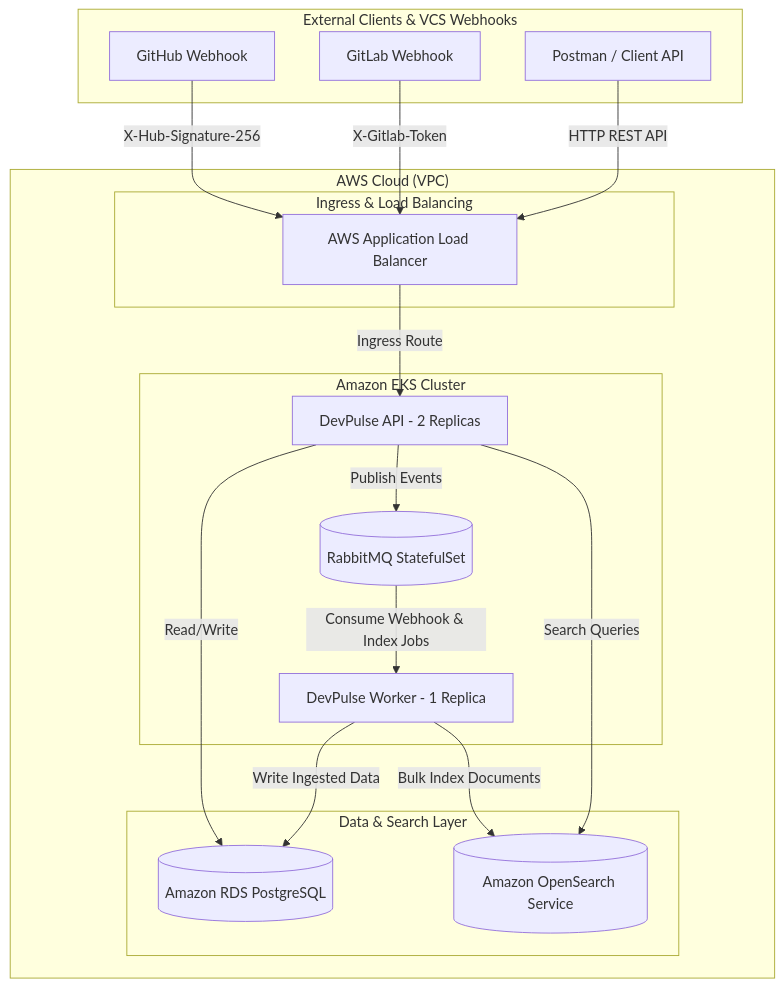
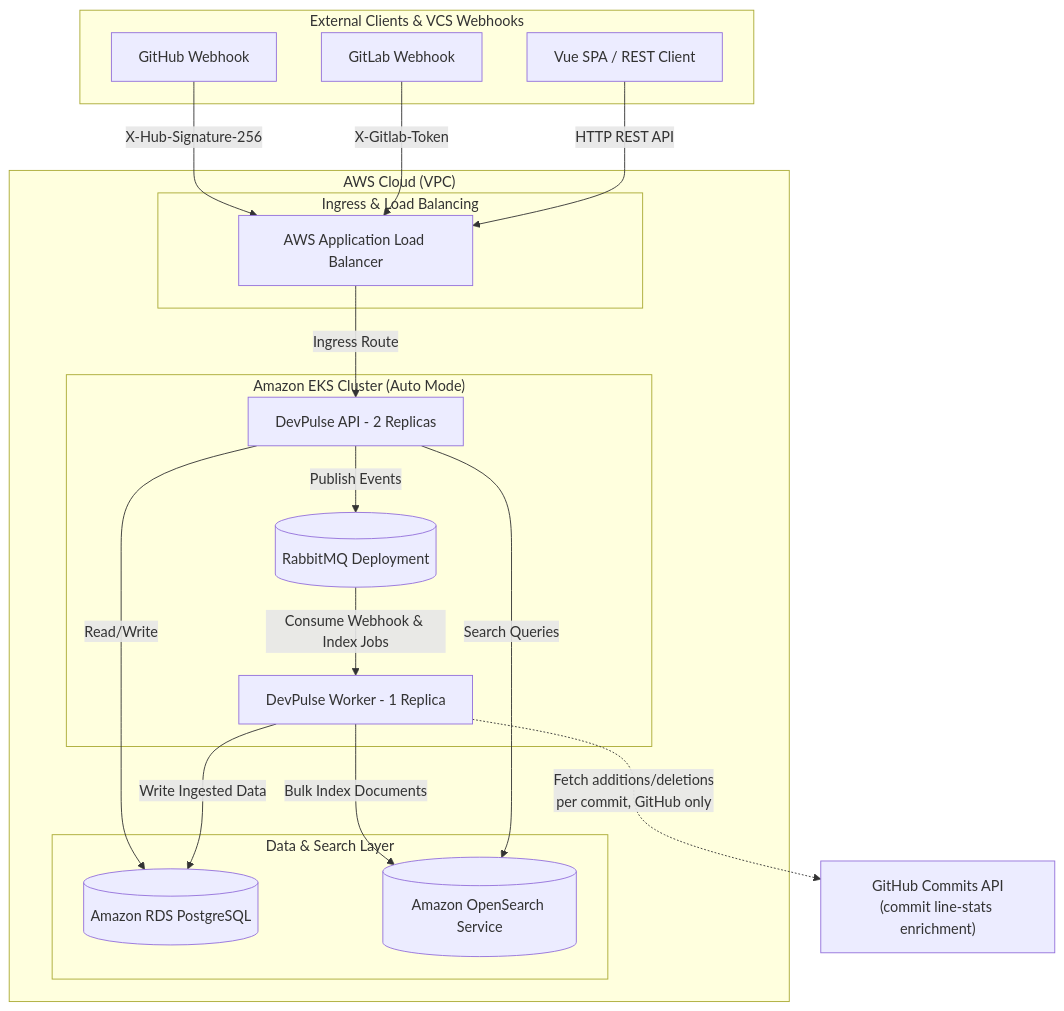
The diagram in README.md (oskay12/devpulse), drawn with Mermaid before and after one commit. The commit also changed other lines of this file, not shown here.

Commit message:
docs: update architecture overview, frontend details, and infrastructure deployment status in README

````diff
--- a/README.md
+++ b/README.md
@@ -9,38 +22,41 @@
 ```mermaid
 flowchart TD
     subgraph Clients["External Clients & VCS Webhooks"]
         GH[GitHub Webhook]
         GL[GitLab Webhook]
-        CLI[Postman / Client API]
+        BROWSER[Vue SPA / REST Client]
     end
 
     subgraph AWS["AWS Cloud (VPC)"]
         subgraph IngressLayer["Ingress & Load Balancing"]
             ALB[AWS Application Load Balancer]
         end
 
-        subgraph EKS["Amazon EKS Cluster"]
+        subgraph EKS["Amazon EKS Cluster (Auto Mode)"]
             API[DevPulse API - 2 Replicas]
             WRK[DevPulse Worker - 1 Replica]
-            RMQ[(RabbitMQ StatefulSet)]
+            RMQ[(RabbitMQ Deployment)]
         end
 
         subgraph DataLayer["Data & Search Layer"]
             RDS[(Amazon RDS PostgreSQL)]
             OS[(Amazon OpenSearch Service)]
         end
     end
 
+    EXT["GitHub Commits API<br/>(commit line-stats enrichment)"]
+
     GH -->|X-Hub-Signature-256| ALB
     GL -->|X-Gitlab-Token| ALB
-    CLI -->|HTTP REST API| ALB
+    BROWSER -->|HTTP REST API| ALB
 
     ALB -->|Ingress Route| API
     API -->|Read/Write| RDS
     API -->|Publish Events| RMQ
-    
+
     RMQ -->|Consume Webhook & Index Jobs| WRK
     WRK -->|Write Ingested Data| RDS
     WRK -->|Bulk Index Documents| OS
+    WRK -.->|Fetch additions/deletions<br/>per commit, GitHub only| EXT
     API -->|Search Queries| OS
 ```
````
